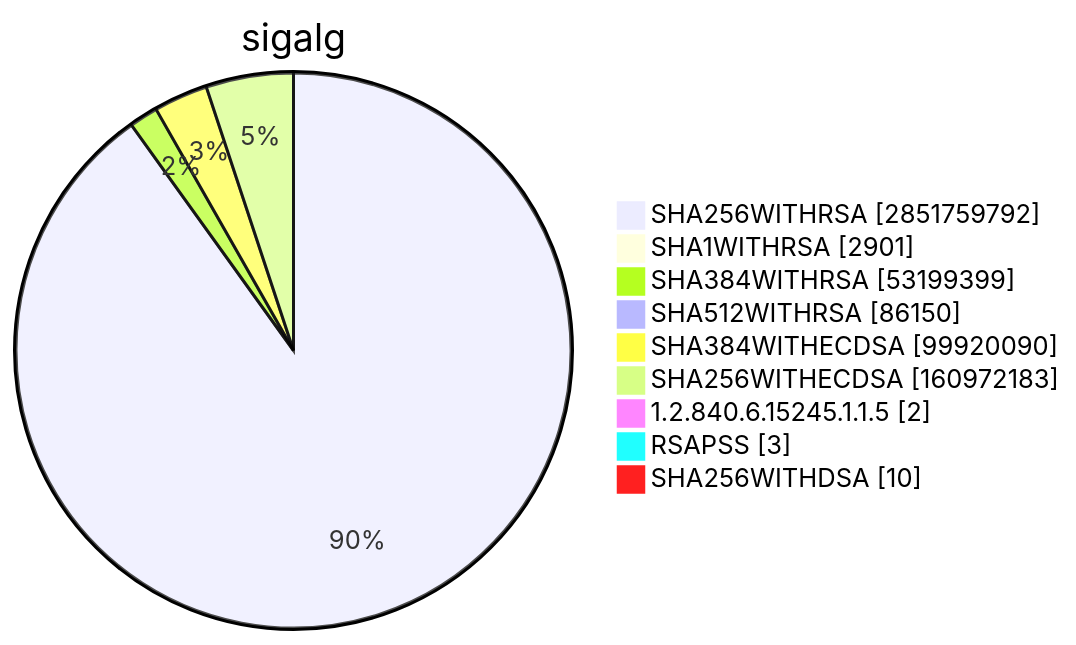
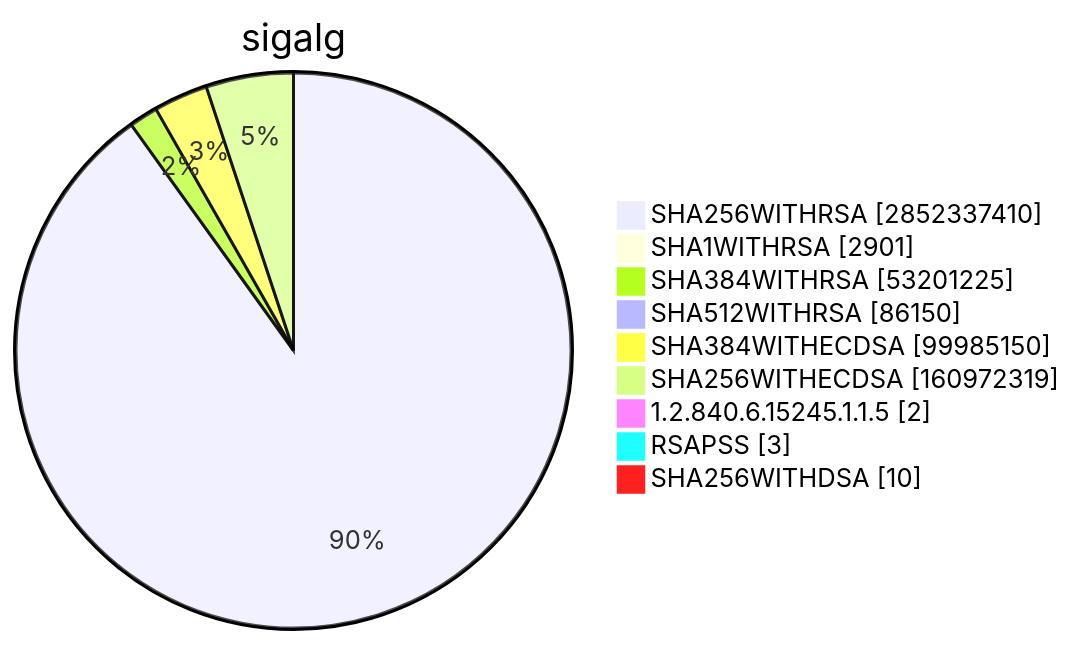
Before and after one commit to christiankrug/ctmonitor_visualization: diagram 15 of 15 in TOTAL/README.md, drawn with Mermaid. The commit also changed other lines of this file, not shown here.

````diff
--- a/TOTAL/README.md
+++ b/TOTAL/README.md
@@ -6207,13 +6207,13 @@
 ```mermaid
 pie showData
 title sigalg
-"SHA256WITHRSA" :2851759792
+"SHA256WITHRSA" :2852337410
 "SHA1WITHRSA" :2901
-"SHA384WITHRSA" :53199399
+"SHA384WITHRSA" :53201225
 "SHA512WITHRSA" :86150
-"SHA384WITHECDSA" :99920090
-"SHA256WITHECDSA" :160972183
+"SHA384WITHECDSA" :99985150
+"SHA256WITHECDSA" :160972319
 "1.2.840.6.15245.1.1.5" :2
 "RSAPSS" :3
 "SHA256WITHDSA" :10
 ```
````
